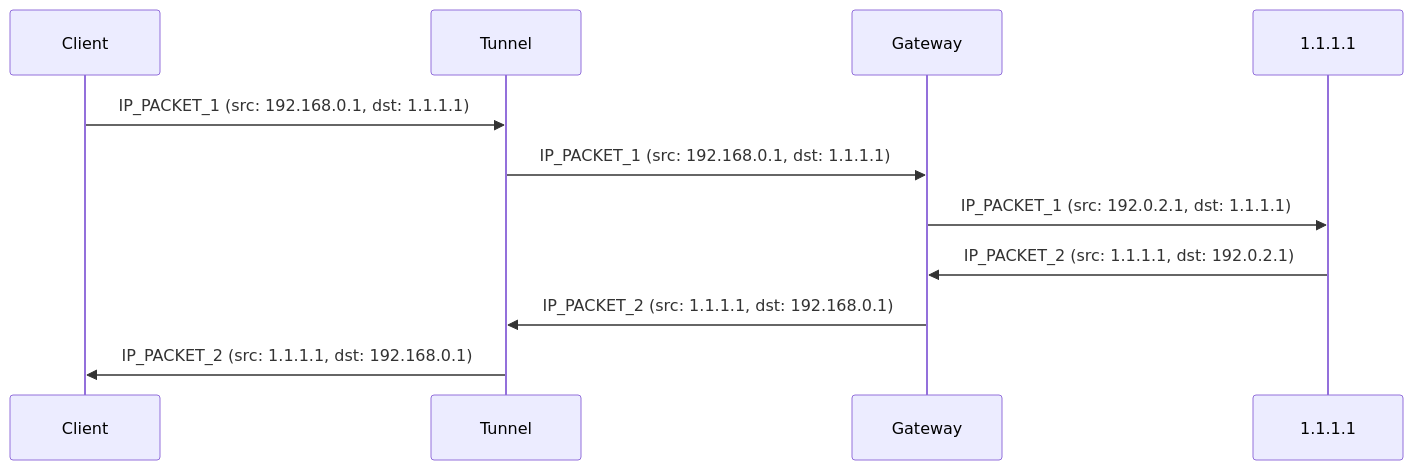
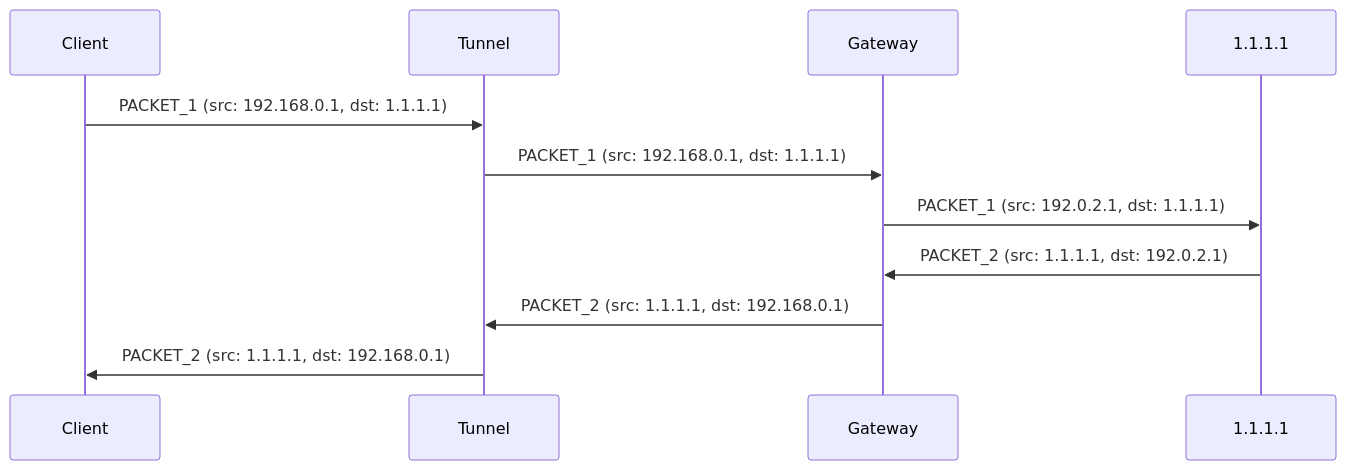
Before and after one commit to relaycorp/fanqiang-poc: the diagram in README.md, drawn with Mermaid. The commit also changed other lines of this file, not shown here.

Commit message:
Improve wording in README

````diff
--- a/README.md
+++ b/README.md
@@ -38,14 +38,14 @@
 ```mermaid
 sequenceDiagram
     participant Client
     participant Tunnel
     participant Gateway
     participant Server as 1.1.1.1
     
-    Client->>Tunnel: IP_PACKET_1 (src: 192.168.0.1, dst: 1.1.1.1)
-    Tunnel->>Gateway: IP_PACKET_1 (src: 192.168.0.1, dst: 1.1.1.1)
-    Gateway->>Server: IP_PACKET_1 (src: 192.0.2.1, dst: 1.1.1.1)
-    Server->>Gateway: IP_PACKET_2 (src: 1.1.1.1, dst: 192.0.2.1)
-    Gateway->>Tunnel: IP_PACKET_2 (src: 1.1.1.1, dst: 192.168.0.1)
-    Tunnel->>Client: IP_PACKET_2 (src: 1.1.1.1, dst: 192.168.0.1)
+    Client->>Tunnel: PACKET_1 (src: 192.168.0.1, dst: 1.1.1.1)
+    Tunnel->>Gateway: PACKET_1 (src: 192.168.0.1, dst: 1.1.1.1)
+    Gateway->>Server: PACKET_1 (src: 192.0.2.1, dst: 1.1.1.1)
+    Server->>Gateway: PACKET_2 (src: 1.1.1.1, dst: 192.0.2.1)
+    Gateway->>Tunnel: PACKET_2 (src: 1.1.1.1, dst: 192.168.0.1)
+    Tunnel->>Client: PACKET_2 (src: 1.1.1.1, dst: 192.168.0.1)
 ```
````
